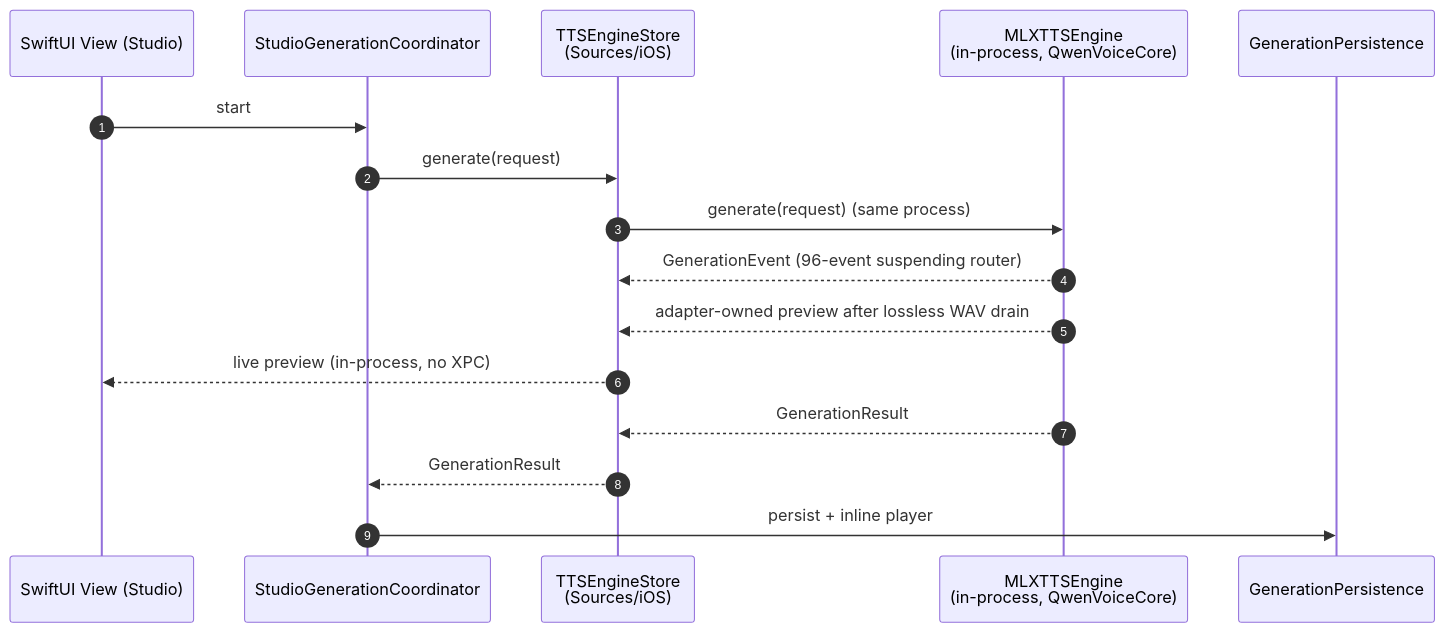
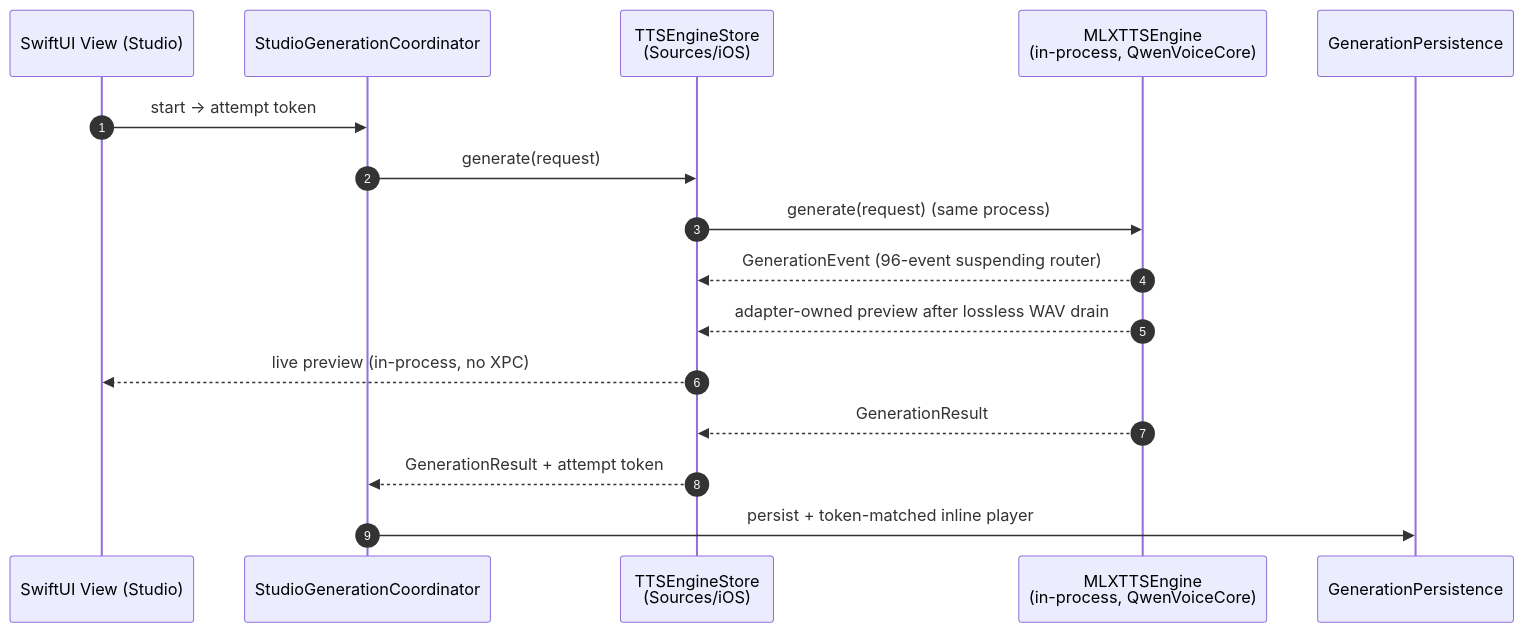
The fifth of 5 diagrams in docs/ARCHITECTURE.md (PowerBeef/Vocello), drawn with Mermaid before and after one commit. The commit also changed other lines of this file and 115 other files, not shown here.

Commit message:
Complete roadmap reliability and governance work

````diff
--- a/docs/ARCHITECTURE.md
+++ b/docs/ARCHITECTURE.md
@@ -605,19 +608,19 @@
 ```mermaid
 sequenceDiagram
     autonumber
     participant V as SwiftUI View (Studio)
     participant C as StudioGenerationCoordinator
     participant S as TTSEngineStore<br/>(Sources/iOS)
     participant E as MLXTTSEngine<br/>(in-process, QwenVoiceCore)
     participant P as GenerationPersistence
 
-    V->>C: start
+    V->>C: start → attempt token
     C->>S: generate(request)
     S->>E: generate(request) (same process)
     E-->>S: GenerationEvent (96-event suspending router)
     E-->>S: adapter-owned preview after lossless WAV drain
     S-->>V: live preview (in-process, no XPC)
     E-->>S: GenerationResult
-    S-->>C: GenerationResult
-    C->>P: persist + inline player
+    S-->>C: GenerationResult + attempt token
+    C->>P: persist + token-matched inline player
 ```
````
